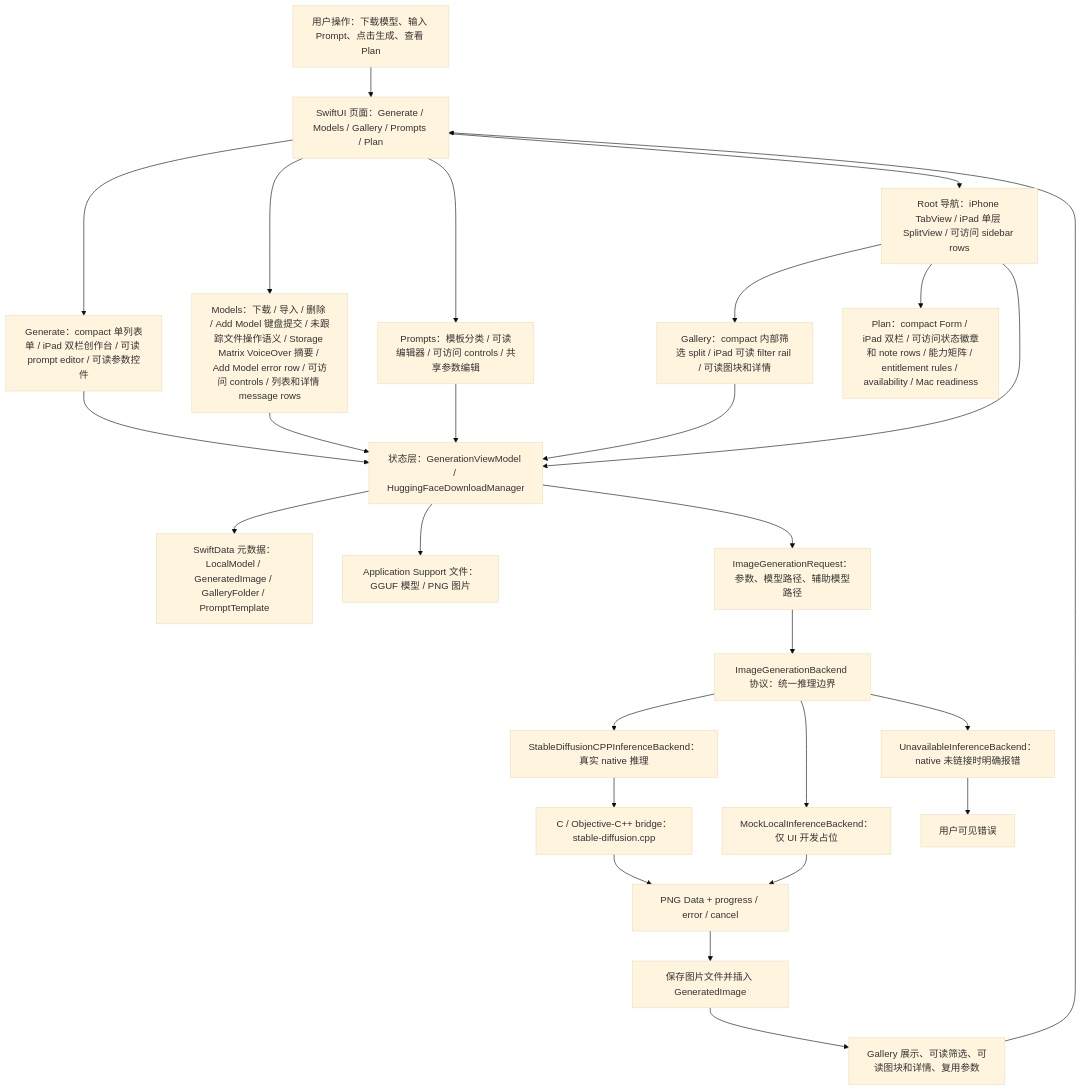
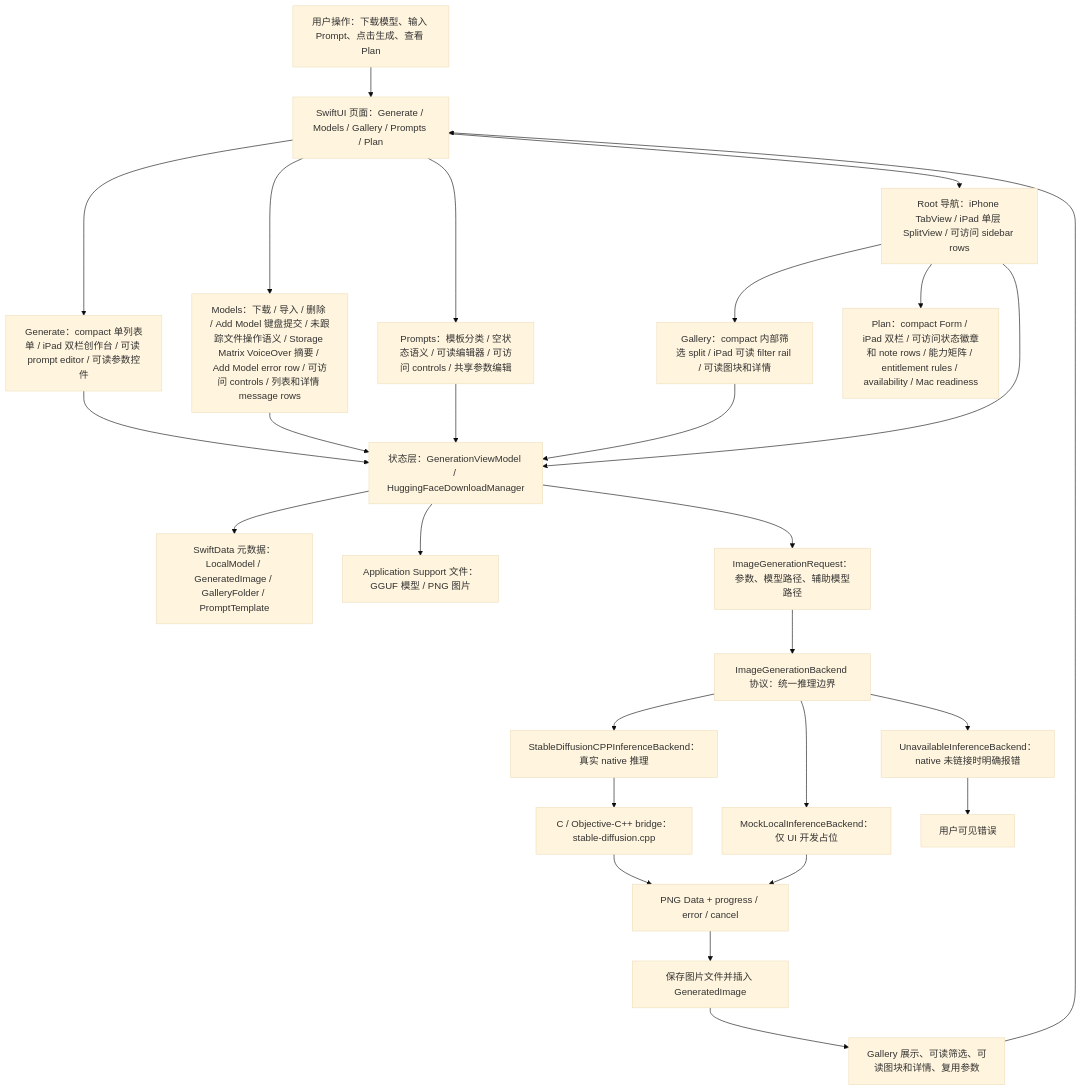
One commit to Altman-sam114/118 changed the first of 7 diagrams in md/flow/flowchart.md. Above: the diagram before and after it, drawn with Mermaid (base theme). The commit also changed 5 other files, not shown here.

````diff
--- a/md/flow/flowchart.md
+++ b/md/flow/flowchart.md
@@ -9,29 +9,29 @@
 ```mermaid
 flowchart TD
   U["用户操作：下载模型、输入 Prompt、点击生成、查看 Plan"] --> UI["SwiftUI 页面：Generate / Models / Gallery / Prompts / Plan"]
   UI --> GENUI["Generate：compact 单列表单 / iPad 双栏创作台 / 可读 prompt editor / 可读参数控件"]
   UI --> MODELUI["Models：下载 / 导入 / 删除 / Add Model 键盘提交 / 未跟踪文件操作语义 / Storage Matrix VoiceOver 摘要 / Add Model error row / 可访问 controls / 列表和详情 message rows"]
-  UI --> PROMPTUI["Prompts：模板分类 / 可读编辑器 / 可访问 controls / 共享参数编辑"]
+  UI --> PROMPTUI["Prompts：模板分类 / 空状态语义 / 可读编辑器 / 可访问 controls / 共享参数编辑"]
   UI --> NAV["Root 导航：iPhone TabView / iPad 单层 SplitView / 可访问 sidebar rows"]
   NAV --> GALUI["Gallery：compact 内部筛选 split / iPad 可读 filter rail / 可读图块和详情"]
   NAV --> PLANUI["Plan：compact Form / iPad 双栏 / 可访问状态徽章和 note rows / 能力矩阵 / entitlement rules / availability / Mac readiness"]
   NAV --> VM["状态层：GenerationViewModel / HuggingFaceDownloadManager"]
   GENUI --> VM
   MODELUI --> VM
   PROMPTUI --> VM
   GALUI --> VM
   VM --> SD["SwiftData 元数据：LocalModel / GeneratedImage / GalleryFolder / PromptTemplate"]
   VM --> FS["Application Support 文件：GGUF 模型 / PNG 图片"]
   VM --> REQ["ImageGenerationRequest：参数、模型路径、辅助模型路径"]
   REQ --> IFACE["ImageGenerationBackend 协议：统一推理边界"]
   IFACE --> NATIVE["StableDiffusionCPPInferenceBackend：真实 native 推理"]
   IFACE --> MOCK["MockLocalInferenceBackend：仅 UI 开发占位"]
   IFACE --> OFF["UnavailableInferenceBackend：native 未链接时明确报错"]
   NATIVE --> BRIDGE["C / Objective-C++ bridge：stable-diffusion.cpp"]
   BRIDGE --> PNG["PNG Data + progress / error / cancel"]
   MOCK --> PNG
   OFF --> ERR["用户可见错误"]
   PNG --> SAVE["保存图片文件并插入 GeneratedImage"]
   SAVE --> GALLERY["Gallery 展示、可读筛选、可读图块和详情、复用参数"]
   GALLERY --> UI
 ```
````
